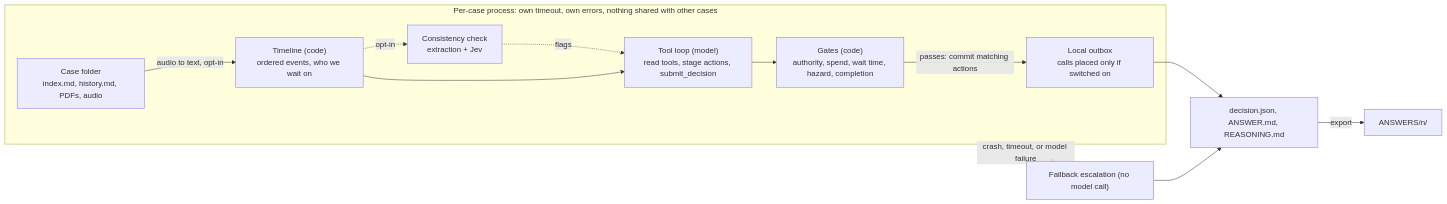
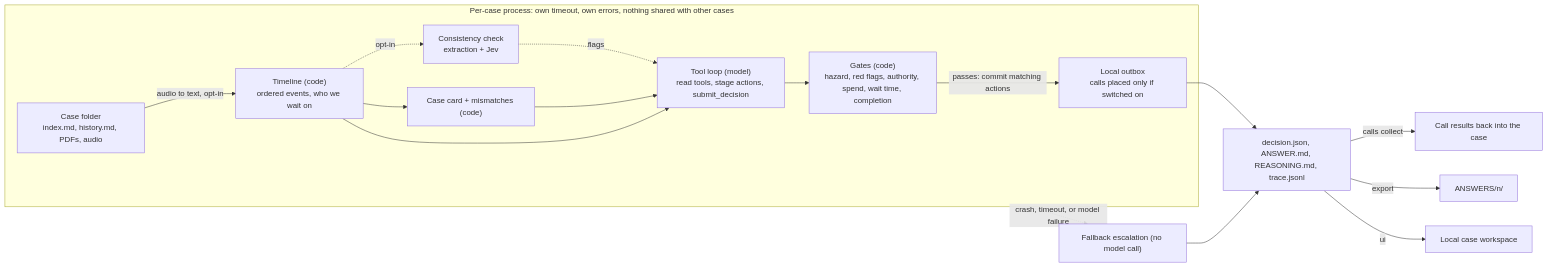
Before and after one commit to kulakovvad/lettable: the diagram in docs/design.md, drawn with Mermaid. The commit also changed other lines of this file and 1 other file, not shown here.

````diff
--- a/docs/design.md
+++ b/docs/design.md
@@ -11,15 +27,19 @@
 ```mermaid
 flowchart LR
   subgraph W["Per-case process: own timeout, own errors, nothing shared with other cases"]
     A["Case folder<br/>index.md, history.md, PDFs, audio"] -->|"audio to text, opt-in"| B["Timeline (code)<br/>ordered events, who we wait on"]
+    B --> CC["Case card + mismatches (code)"]
     B -.->|"opt-in"| K["Consistency check<br/>extraction + Jev"]
     K -.->|flags| C
+    CC --> C
     B --> C["Tool loop (model)<br/>read tools, stage actions, submit_decision"]
-    C --> D["Gates (code)<br/>authority, spend, wait time, hazard, completion"]
+    C --> D["Gates (code)<br/>hazard, red flags, authority, spend, wait time, completion"]
     D -->|"passes: commit matching actions"| E["Local outbox<br/>calls placed only if switched on"]
   end
-  E --> F["decision.json, ANSWER.md, REASONING.md"]
+  E --> F["decision.json, ANSWER.md, REASONING.md, trace.jsonl"]
   W -. "crash, timeout, or model failure" .-> G["Fallback escalation (no model call)"]
   G --> F
+  F -->|"calls collect"| H["Call results back into the case"]
   F -->|"export"| I["ANSWERS/n/"]
+  F -->|"ui"| U["Local case workspace"]
 ```
````
